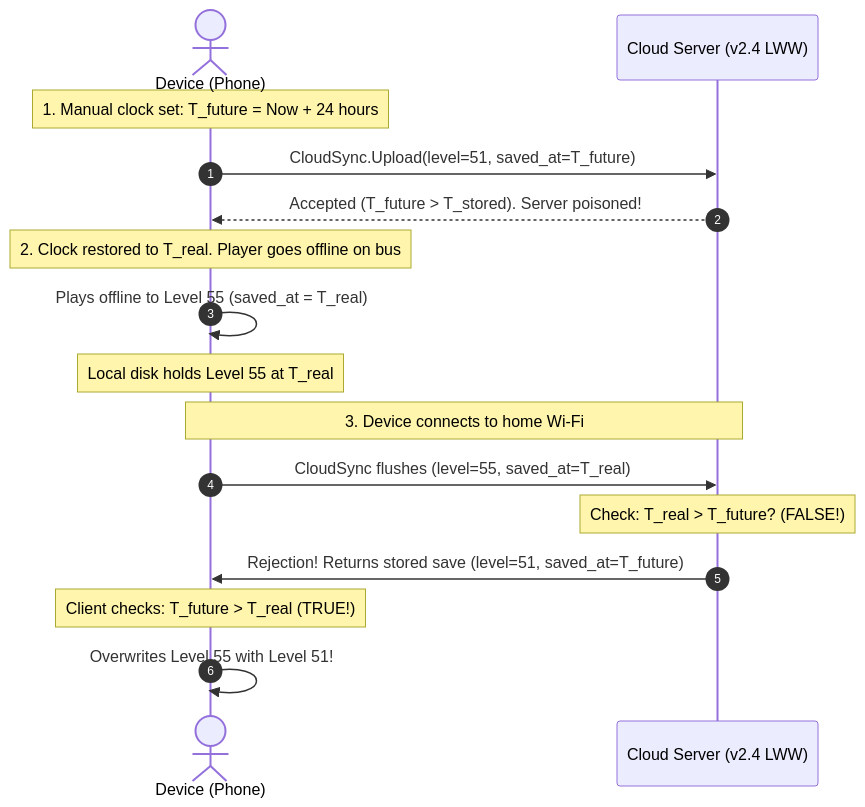
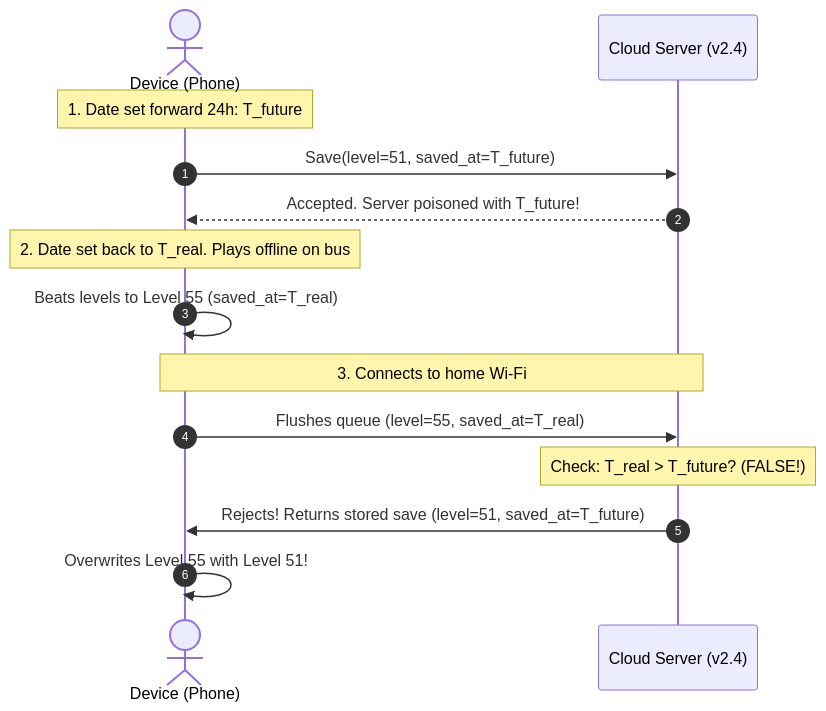
The second of 3 diagrams in submission/Chaos_Engine_Labs_Assignment.md (aaditya156/merge-kingdom-v25), drawn with Mermaid before and after one commit. The commit also changed other lines of this file and 1 other file, not shown here.

````diff
--- a/submission/Chaos_Engine_Labs_Assignment.md
+++ b/submission/Chaos_Engine_Labs_Assignment.md
@@ -138,21 +103,19 @@
 ```mermaid
 sequenceDiagram
     autonumber
     actor Client as Device (Phone)
-    participant Server as Cloud Server (v2.4 LWW)
+    participant Server as Cloud Server (v2.4)
 
-    Note over Client: 1. Manual clock set: T_future = Now + 24 hours
-    Client->>Server: CloudSync.Upload(level=51, saved_at=T_future)
-    Server-->>Client: Accepted (T_future > T_stored). Server poisoned!
+    Note over Client: 1. Date set forward 24h: T_future
+    Client->>Server: Save(level=51, saved_at=T_future)
+    Server-->>Client: Accepted. Server poisoned with T_future!
     
-    Note over Client: 2. Clock restored to T_real. Player goes offline on bus
-    Client->>Client: Plays offline to Level 55 (saved_at = T_real)
-    Note over Client: Local disk holds Level 55 at T_real
+    Note over Client: 2. Date set back to T_real. Plays offline on bus
+    Client->>Client: Beats levels to Level 55 (saved_at=T_real)
     
-    Note over Client,Server: 3. Device connects to home Wi-Fi
-    Client->>Server: CloudSync flushes (level=55, saved_at=T_real)
+    Note over Client,Server: 3. Connects to home Wi-Fi
+    Client->>Server: Flushes queue (level=55, saved_at=T_real)
     Note over Server: Check: T_real > T_future? (FALSE!)
-    Server->>Client: Rejection! Returns stored save (level=51, saved_at=T_future)
-    Note over Client: Client checks: T_future > T_real (TRUE!)
+    Server->>Client: Rejects! Returns stored save (level=51, saved_at=T_future)
     Client->>Client: Overwrites Level 55 with Level 51!
 ```
````
